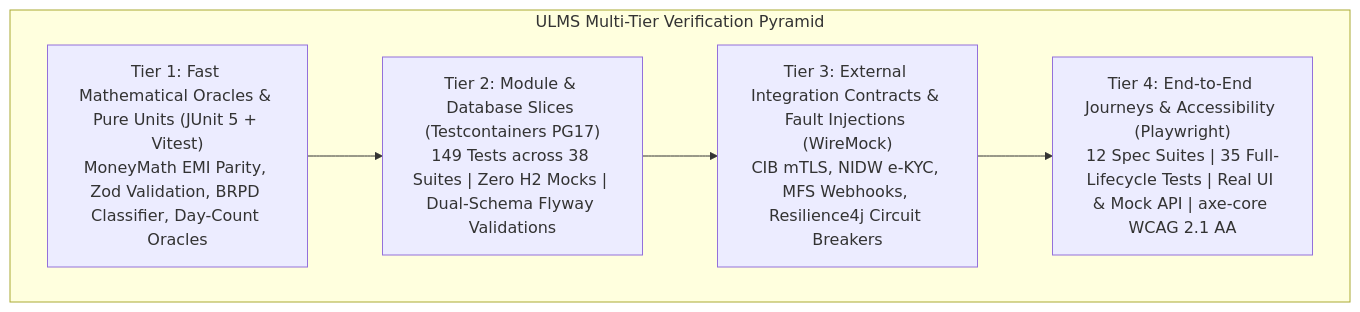
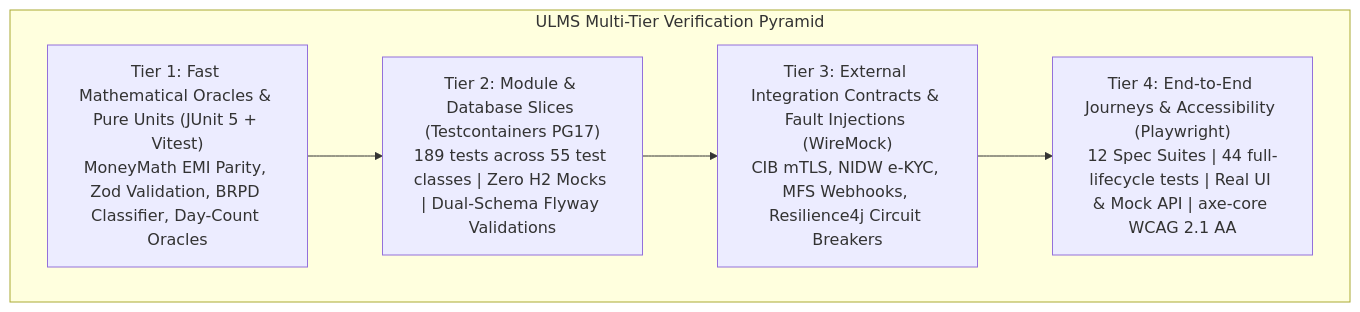
The first of 2 diagrams in technical_document/06_quality_assurance/DOC-06-QA-01_Automated_Test_Harness_Architecture_and_Verification_Suite.md (maz279/ulms), drawn with Mermaid before and after one commit. The commit also changed other lines of this file and 128 other files, not shown here.

````diff
--- a/technical_document/06_quality_assurance/DOC-06-QA-01_Automated_Test_Harness_Architecture_and_Verification_Suite.md
+++ b/technical_document/06_quality_assurance/DOC-06-QA-01_Automated_Test_Harness_Architecture_and_Verification_Suite.md
@@ -30,10 +30,10 @@
 ```mermaid
 flowchart TD
     subgraph Test_Pyramid ["ULMS Multi-Tier Verification Pyramid"]
-        E2E["Tier 4: End-to-End Journeys & Accessibility (Playwright)<br/>12 Spec Suites | 35 Full-Lifecycle Tests | Real UI & Mock API | axe-core WCAG 2.1 AA"]
+        E2E["Tier 4: End-to-End Journeys & Accessibility (Playwright)<br/>12 Spec Suites | 44 full-lifecycle tests | Real UI & Mock API | axe-core WCAG 2.1 AA"]
         INT["Tier 3: External Integration Contracts & Fault Injections (WireMock)<br/>CIB mTLS, NIDW e-KYC, MFS Webhooks, Resilience4j Circuit Breakers"]
-        MOD["Tier 2: Module & Database Slices (Testcontainers PG17)<br/>149 Tests across 38 Suites | Zero H2 Mocks | Dual-Schema Flyway Validations"]
+        MOD["Tier 2: Module & Database Slices (Testcontainers PG17)<br/>189 tests across 55 test classes | Zero H2 Mocks | Dual-Schema Flyway Validations"]
         UNIT["Tier 1: Fast Mathematical Oracles & Pure Units (JUnit 5 + Vitest)<br/>MoneyMath EMI Parity, Zod Validation, BRPD Classifier, Day-Count Oracles"]
     end
     UNIT --> MOD --> INT --> E2E
 ```
````
